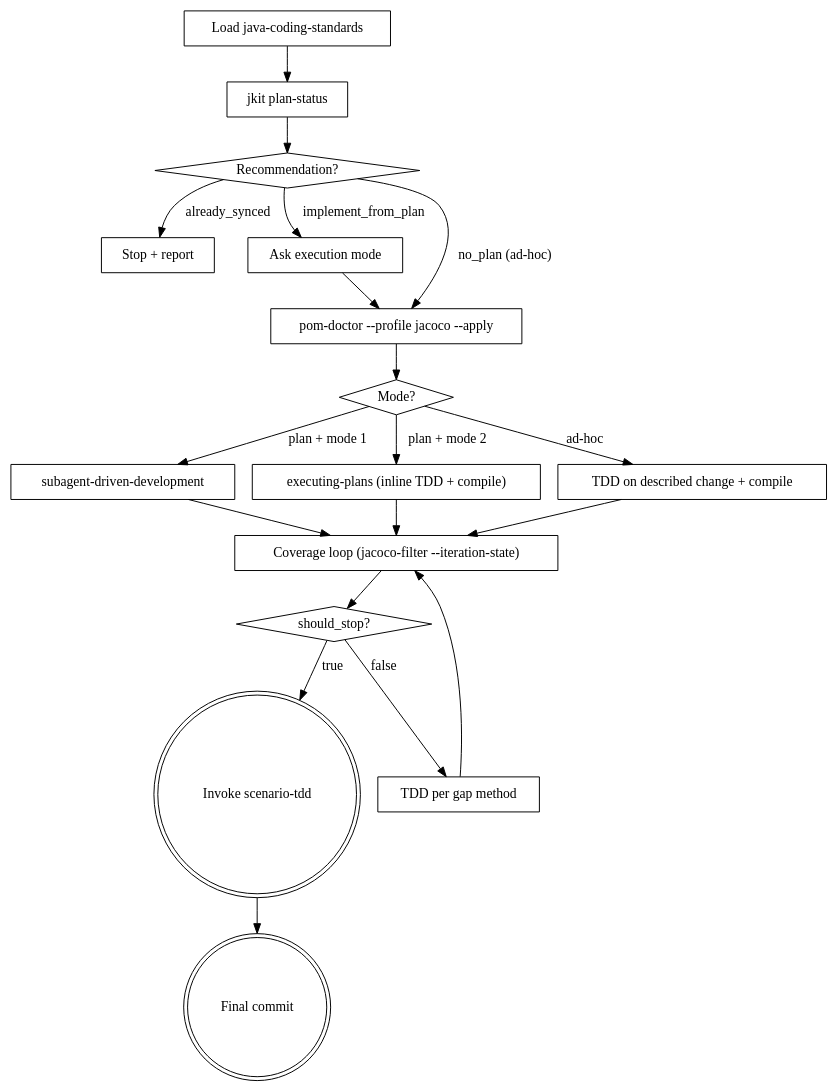
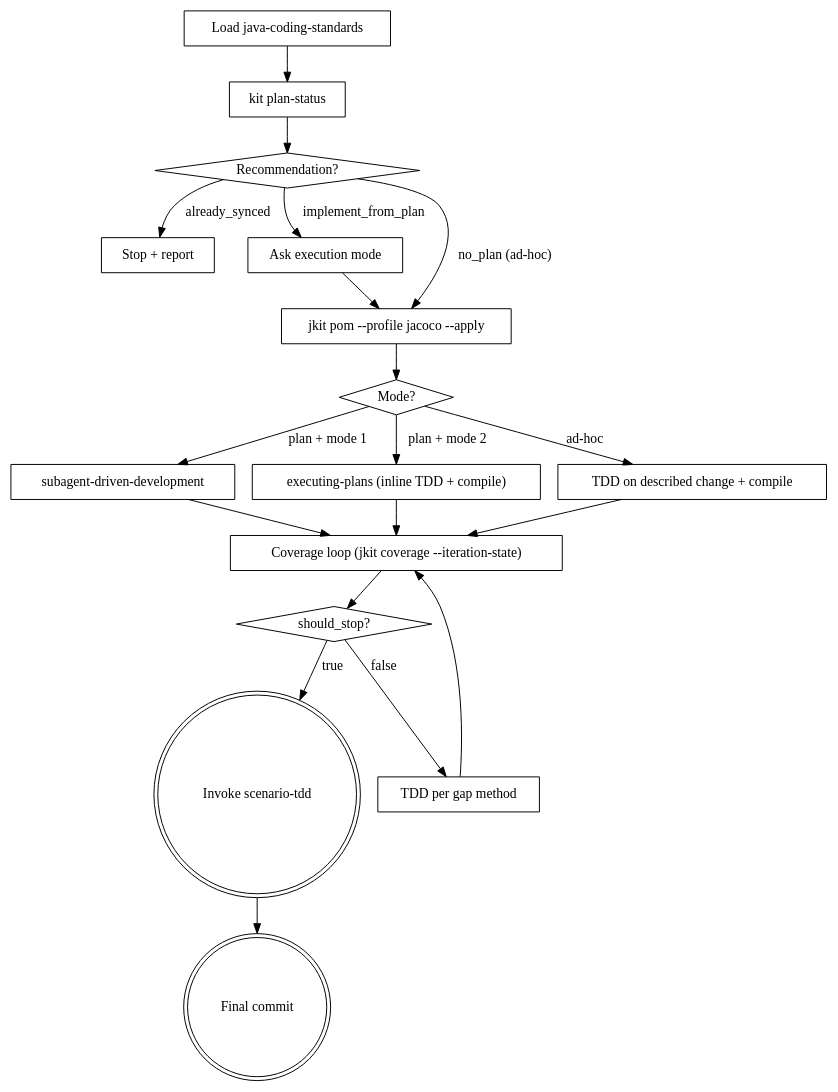
The diagram in skills/java-tdd/SKILL.md (honghaowuu/jkit), drawn with Graphviz before and after one commit. The commit also changed other lines of this file and 15 other files, not shown here.

````diff
--- a/skills/java-tdd/SKILL.md
+++ b/skills/java-tdd/SKILL.md
@@ -35,38 +35,38 @@
 ```dot
 digraph java_tdd {
     "Load java-coding-standards" [shape=box];
-    "jkit plan-status" [shape=box];
+    "kit plan-status" [shape=box];
     "Recommendation?" [shape=diamond];
     "Stop + report" [shape=box];
     "Ask execution mode" [shape=box];
-    "pom-doctor --profile jacoco --apply" [shape=box];
+    "jkit pom --profile jacoco --apply" [shape=box];
     "Mode?" [shape=diamond];
     "subagent-driven-development" [shape=box];
     "executing-plans (inline TDD + compile)" [shape=box];
     "TDD on described change + compile" [shape=box];
-    "Coverage loop (jacoco-filter --iteration-state)" [shape=box];
+    "Coverage loop (jkit coverage --iteration-state)" [shape=box];
     "should_stop?" [shape=diamond];
     "TDD per gap method" [shape=box];
     "Invoke scenario-tdd" [shape=doublecircle];
     "Final commit" [shape=doublecircle];
 
-    "Load java-coding-standards" -> "jkit plan-status";
-    "jkit plan-status" -> "Recommendation?";
+    "Load java-coding-standards" -> "kit plan-status";
+    "kit plan-status" -> "Recommendation?";
     "Recommendation?" -> "Ask execution mode" [label="implement_from_plan"];
-    "Recommendation?" -> "pom-doctor --profile jacoco --apply" [label="no_plan (ad-hoc)"];
+    "Recommendation?" -> "jkit pom --profile jacoco --apply" [label="no_plan (ad-hoc)"];
     "Recommendation?" -> "Stop + report" [label="already_synced"];
-    "Ask execution mode" -> "pom-doctor --profile jacoco --apply";
-    "pom-doctor --profile jacoco --apply" -> "Mode?";
+    "Ask execution mode" -> "jkit pom --profile jacoco --apply";
+    "jkit pom --profile jacoco --apply" -> "Mode?";
     "Mode?" -> "subagent-driven-development" [label="plan + mode 1"];
     "Mode?" -> "executing-plans (inline TDD + compile)" [label="plan + mode 2"];
     "Mode?" -> "TDD on described change + compile" [label="ad-hoc"];
-    "subagent-driven-development" -> "Coverage loop (jacoco-filter --iteration-state)";
-    "executing-plans (inline TDD + compile)" -> "Coverage loop (jacoco-filter --iteration-state)";
-    "TDD on described change + compile" -> "Coverage loop (jacoco-filter --iteration-state)";
-    "Coverage loop (jacoco-filter --iteration-state)" -> "should_stop?";
+    "subagent-driven-development" -> "Coverage loop (jkit coverage --iteration-state)";
+    "executing-plans (inline TDD + compile)" -> "Coverage loop (jkit coverage --iteration-state)";
+    "TDD on described change + compile" -> "Coverage loop (jkit coverage --iteration-state)";
+    "Coverage loop (jkit coverage --iteration-state)" -> "should_stop?";
     "should_stop?" -> "TDD per gap method" [label="false"];
-    "TDD per gap method" -> "Coverage loop (jacoco-filter --iteration-state)";
+    "TDD per gap method" -> "Coverage loop (jkit coverage --iteration-state)";
     "should_stop?" -> "Invoke scenario-tdd" [label="true"];
     "Invoke scenario-tdd" -> "Final commit";
 }
 ```
````
